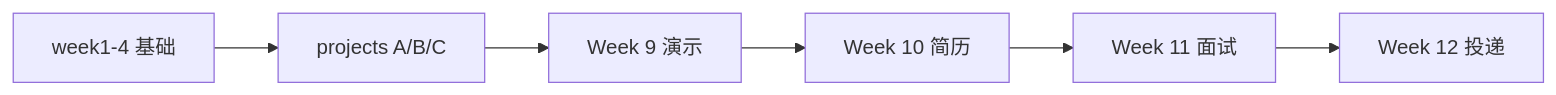
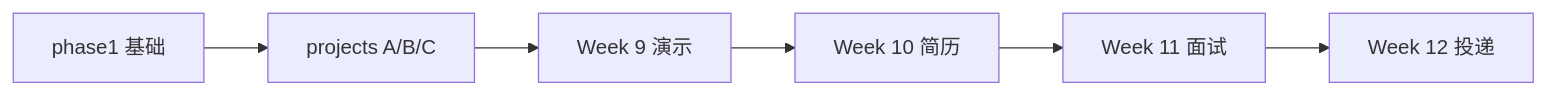
One commit to Afra55/ai-app-dev-roadmap changed the diagram in phase3/README.md. Above: the diagram before and after it, drawn with Mermaid. The commit also changed other lines of this file and 143 other files, not shown here.

````diff
--- a/phase3/README.md
+++ b/phase3/README.md
@@ -49,8 +49,8 @@
 ```mermaid
 flowchart LR
-    W1_4[week1-4 基础] --> P[projects A/B/C]
+    W1_4[phase1 基础] --> P[projects A/B/C]
     P --> W9[Week 9 演示]
     W9 --> W10[Week 10 简历]
     W10 --> W11[Week 11 面试]
     W11 --> W12[Week 12 投递]
 ```
````
